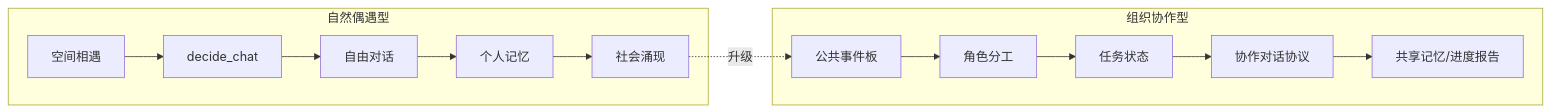
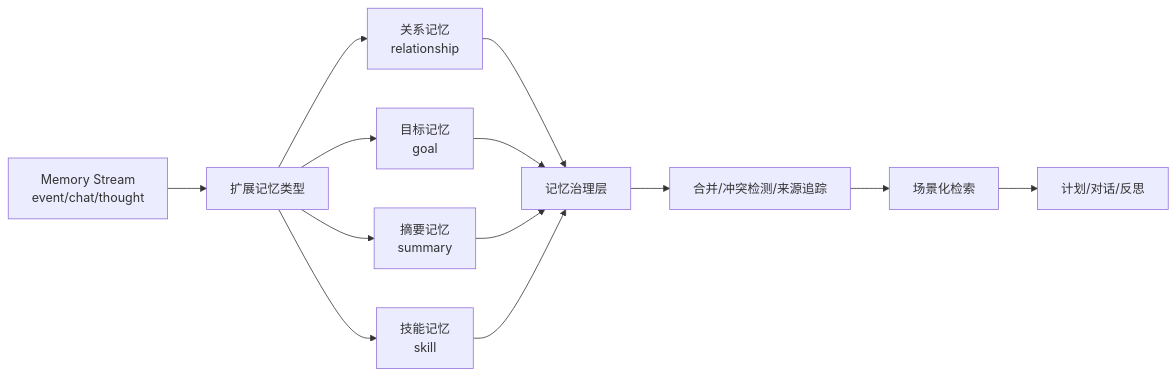
One commit to tbkken/GenerativeAgentsCN changed the diagram in docs/book/manuscript/part_05/chapter_32.md. Above: the diagram before and after it, drawn with Mermaid. The commit also changed other lines of this file and 60 other files, not shown here.

````diff
--- a/docs/book/manuscript/part_05/chapter_32.md
+++ b/docs/book/manuscript/part_05/chapter_32.md
@@ -54,16 +23,15 @@
 ```mermaid
 flowchart LR
-    subgraph Natural[自然偶遇型]
-      A1[空间相遇] --> A2[decide_chat]
-      A2 --> A3[自由对话]
-      A3 --> A4[个人记忆]
-      A4 --> A5[社会涌现]
-    end
-    subgraph Organized[组织协作型]
-      B1[公共事件板] --> B2[角色分工]
-      B2 --> B3[任务状态]
-      B3 --> B4[协作对话协议]
-      B4 --> B5[共享记忆/进度报告]
-    end
-    A5 -.升级.-> B1
+    MS[Memory Stream<br/>event/chat/thought] --> MT[扩展记忆类型]
+    MT --> RG[关系记忆<br/>relationship]
+    MT --> GO[目标记忆<br/>goal]
+    MT --> SM[摘要记忆<br/>summary]
+    MT --> SK[技能记忆<br/>skill]
+    RG --> GOV[记忆治理层]
+    GO --> GOV
+    SM --> GOV
+    SK --> GOV
+    GOV --> C[合并/冲突检测/来源追踪]
+    C --> RET[场景化检索]
+    RET --> ACT[计划/对话/反思]
 ```
````
